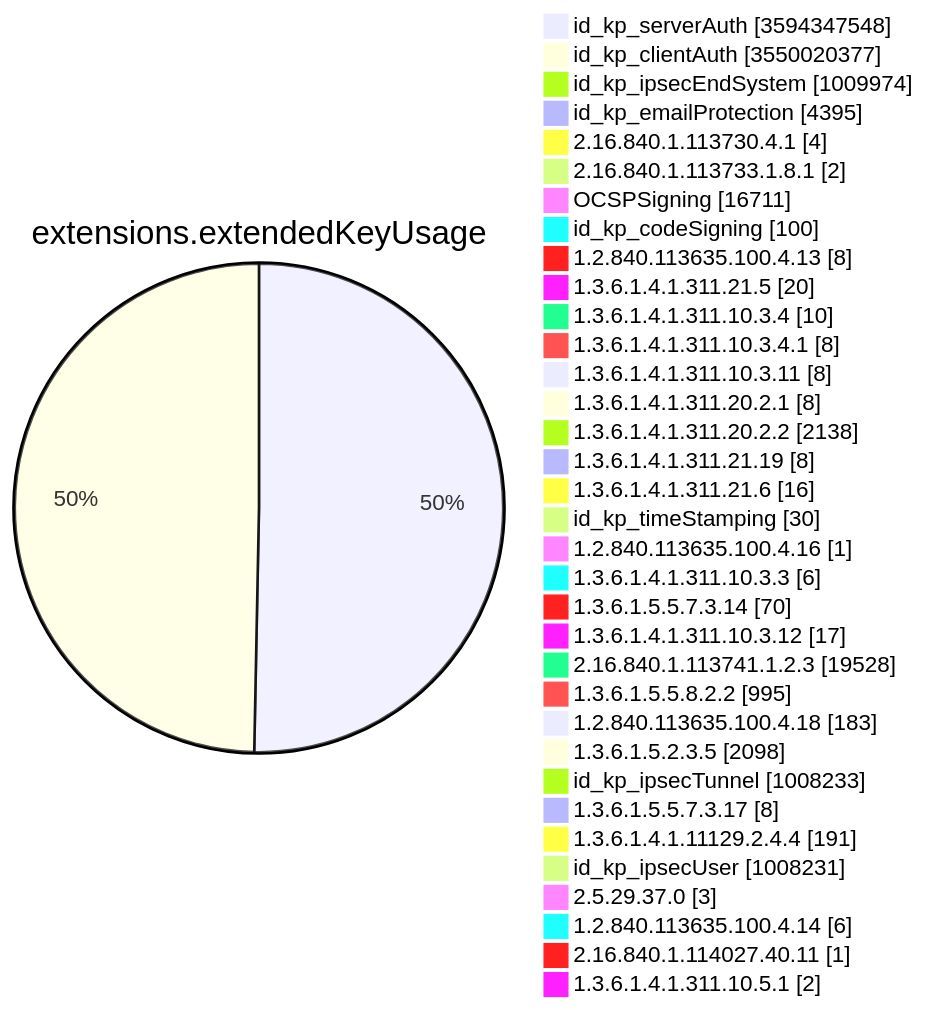
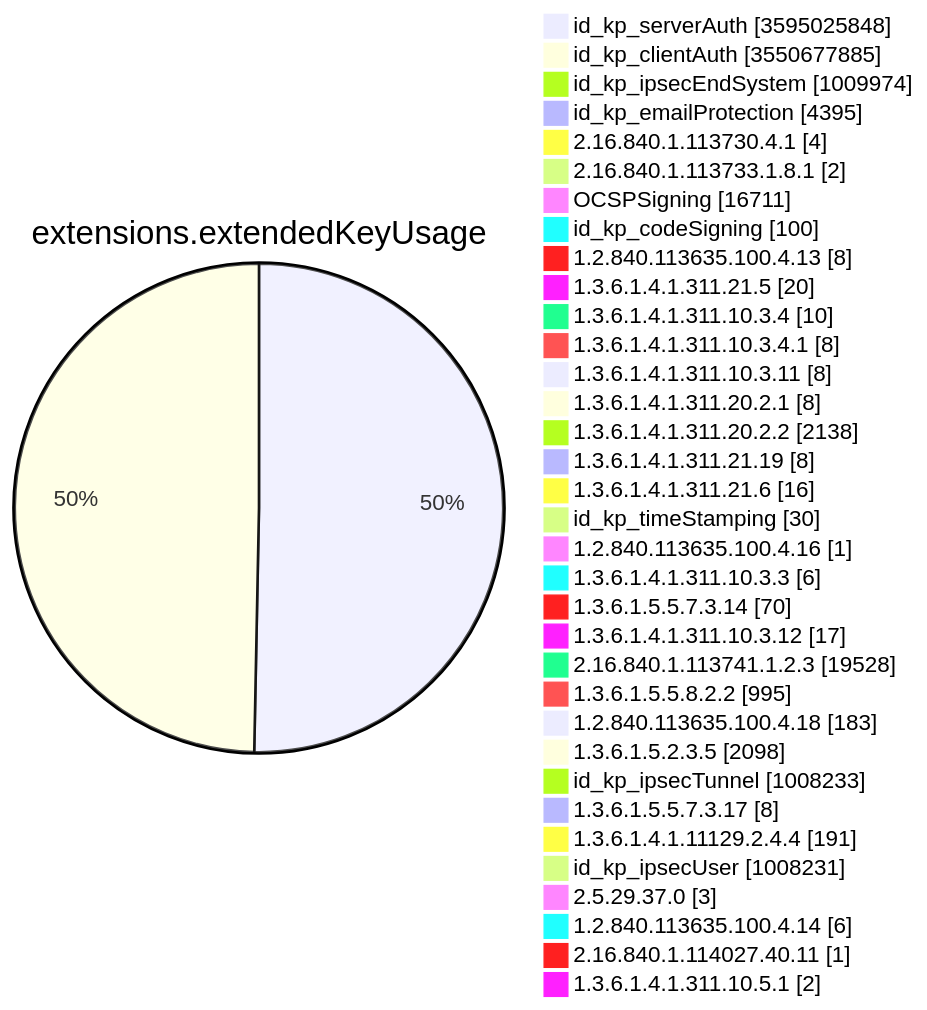
Diagram 11 of 15 in TOTAL/README.md (christiankrug/ctmonitor_visualization), drawn with Mermaid before and after one commit. The commit also changed other lines of this file, not shown here.

````diff
--- a/TOTAL/README.md
+++ b/TOTAL/README.md
@@ -4129,38 +4129,38 @@
 ```mermaid
 pie showData
 title extensions.extendedKeyUsage
-"id_kp_serverAuth" :3594347548
-"id_kp_clientAuth" :3550020377
+"id_kp_serverAuth" :3595025848
+"id_kp_clientAuth" :3550677885
 "id_kp_ipsecEndSystem" :1009974
 "id_kp_emailProtection" :4395
 "2.16.840.1.113730.4.1" :4
 "2.16.840.1.113733.1.8.1" :2
 "OCSPSigning" :16711
 "id_kp_codeSigning" :100
 "1.2.840.113635.100.4.13" :8
 "1.3.6.1.4.1.311.21.5" :20
 "1.3.6.1.4.1.311.10.3.4" :10
 "1.3.6.1.4.1.311.10.3.4.1" :8
 "1.3.6.1.4.1.311.10.3.11" :8
 "1.3.6.1.4.1.311.20.2.1" :8
 "1.3.6.1.4.1.311.20.2.2" :2138
 "1.3.6.1.4.1.311.21.19" :8
 "1.3.6.1.4.1.311.21.6" :16
 "id_kp_timeStamping" :30
 "1.2.840.113635.100.4.16" :1
 "1.3.6.1.4.1.311.10.3.3" :6
 "1.3.6.1.5.5.7.3.14" :70
 "1.3.6.1.4.1.311.10.3.12" :17
 "2.16.840.1.113741.1.2.3" :19528
 "1.3.6.1.5.5.8.2.2" :995
 "1.2.840.113635.100.4.18" :183
 "1.3.6.1.5.2.3.5" :2098
 "id_kp_ipsecTunnel" :1008233
 "1.3.6.1.5.5.7.3.17" :8
 "1.3.6.1.4.1.11129.2.4.4" :191
 "id_kp_ipsecUser" :1008231
 "2.5.29.37.0" :3
 "1.2.840.113635.100.4.14" :6
 "2.16.840.1.114027.40.11" :1
 "1.3.6.1.4.1.311.10.5.1" :2
 ```
````
